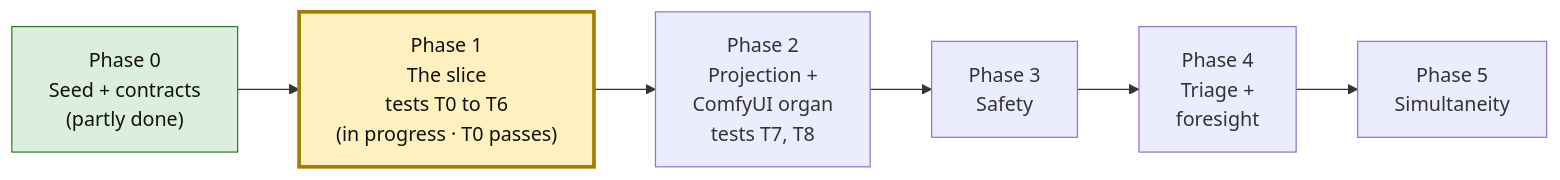
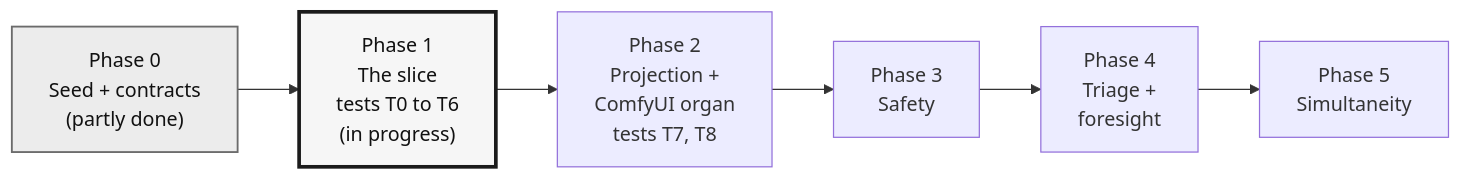
One commit to JosephOIbrahim/Plexus changed the first of 6 diagrams in docs/plexus/DIAGRAMS.md. Above: the diagram before and after it, drawn with Mermaid. The commit also changed other lines of this file and 1 other file, not shown here.

Commit message:
docs: the front-door pass: one status line, one chart, no rules
README: the stale 'Where it stands' (1 of 11, 'Nothing is merged', next step from 4e494b3) becomes one slow-moving status line between plexus:status markers (2 of 11, T0 and T1) and a corrected Done / Not yet table; the roadmap and layer charts move out to DIAGRAMS §1 and §2 behind a 'you are here' line, keeping the slice as the front door's one chart; the eight '---' rules go (GitHub already rules under each H2); the three H3s become bold run-ins. DIAGRAMS §1: the same status markers; 'partly done' and 'in progress' drop green and yellow fills for greys and stroke weight, since green reads as done; the node label no longer hand-copies test state. Builds on 41e57ce and changes only what that pass did not. Run state stays in harness/CAPSULE.md and REVIEW.md.

````diff
--- a/docs/plexus/DIAGRAMS.md
+++ b/docs/plexus/DIAGRAMS.md
@@ -24,12 +28,12 @@
 ```mermaid
 flowchart LR
     P0["Phase 0<br/>Seed + contracts<br/>(partly done)"]:::partial
-    P1["Phase 1<br/>The slice<br/>tests T0 to T6<br/>(in progress · T0 passes)"]:::next
+    P1["Phase 1<br/>The slice<br/>tests T0 to T6<br/>(in progress)"]:::next
     P2["Phase 2<br/>Projection +<br/>ComfyUI organ<br/>tests T7, T8"]
     P3["Phase 3<br/>Safety"]
     P4["Phase 4<br/>Triage +<br/>foresight"]
     P5["Phase 5<br/>Simultaneity"]
     P0 --> P1 --> P2 --> P3 --> P4 --> P5
-    classDef partial fill:#dcefdc,stroke:#2e7d32,color:#111
-    classDef next fill:#fff1bf,stroke:#a67c00,stroke-width:3px,color:#111
+    classDef partial fill:#ececec,stroke:#6b6b6b,stroke-width:1.5px,color:#111
+    classDef next fill:#f6f6f6,stroke:#1b1b1b,stroke-width:3px,color:#111
 ```
````
